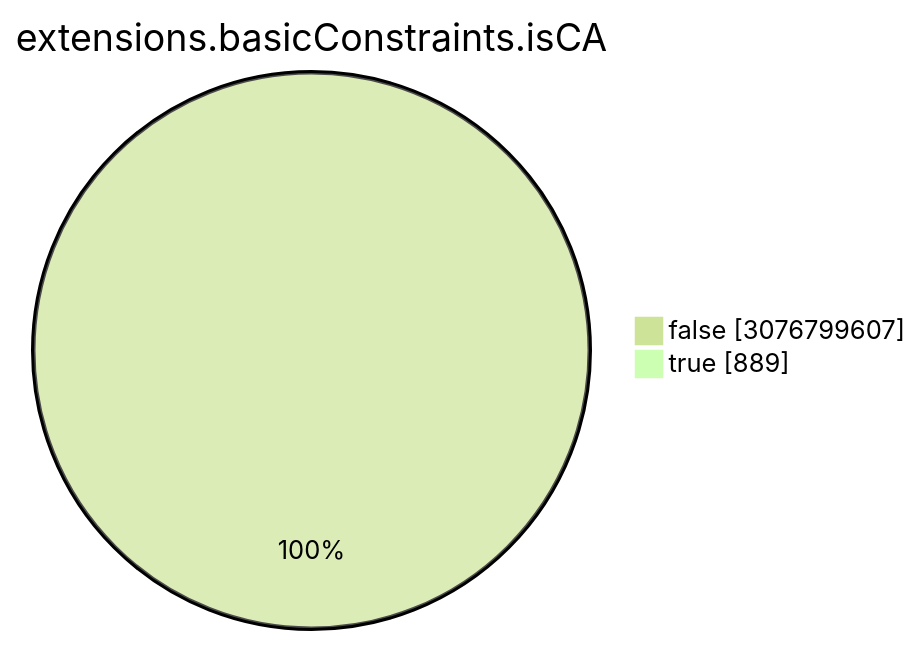
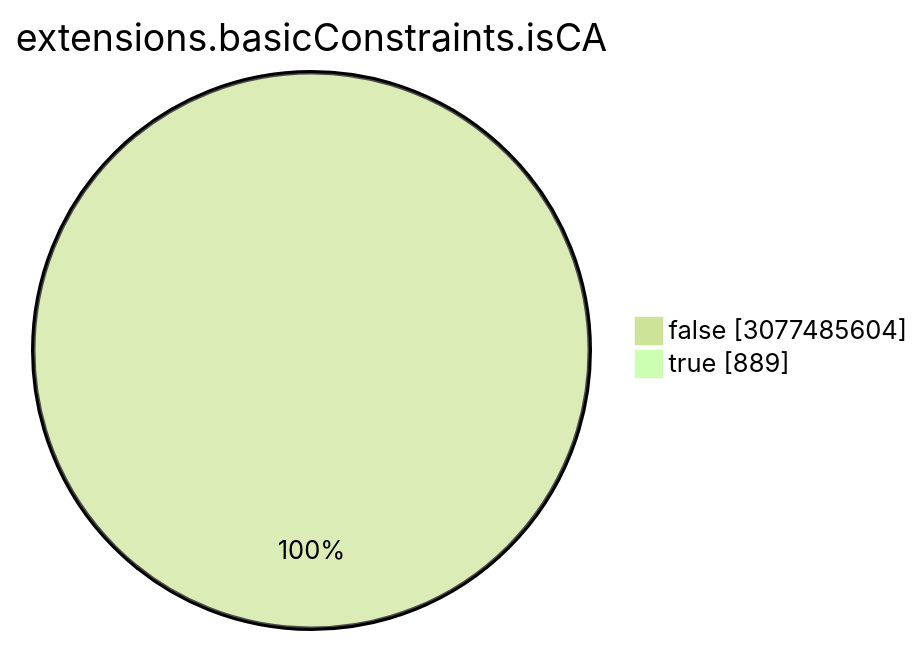
One commit to christiankrug/ctmonitor_visualization changed the seventh of 15 diagrams in TOTAL/README.md. Above: the diagram before and after it, drawn with Mermaid (forest theme). The commit also changed other lines of this file, not shown here.

````diff
--- a/TOTAL/README.md
+++ b/TOTAL/README.md
@@ -3088,6 +3088,6 @@
 ```mermaid
 pie showData
 title extensions.basicConstraints.isCA
-"false" :3076799607
+"false" :3077485604
 "true" :889
 ```
````
